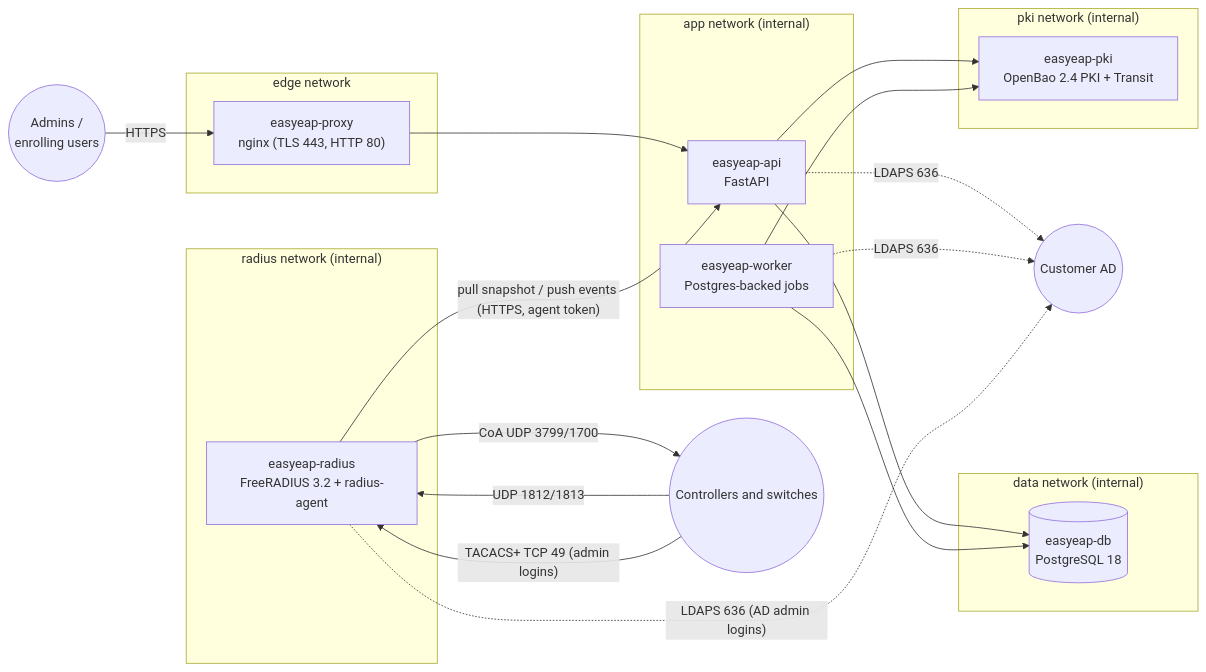
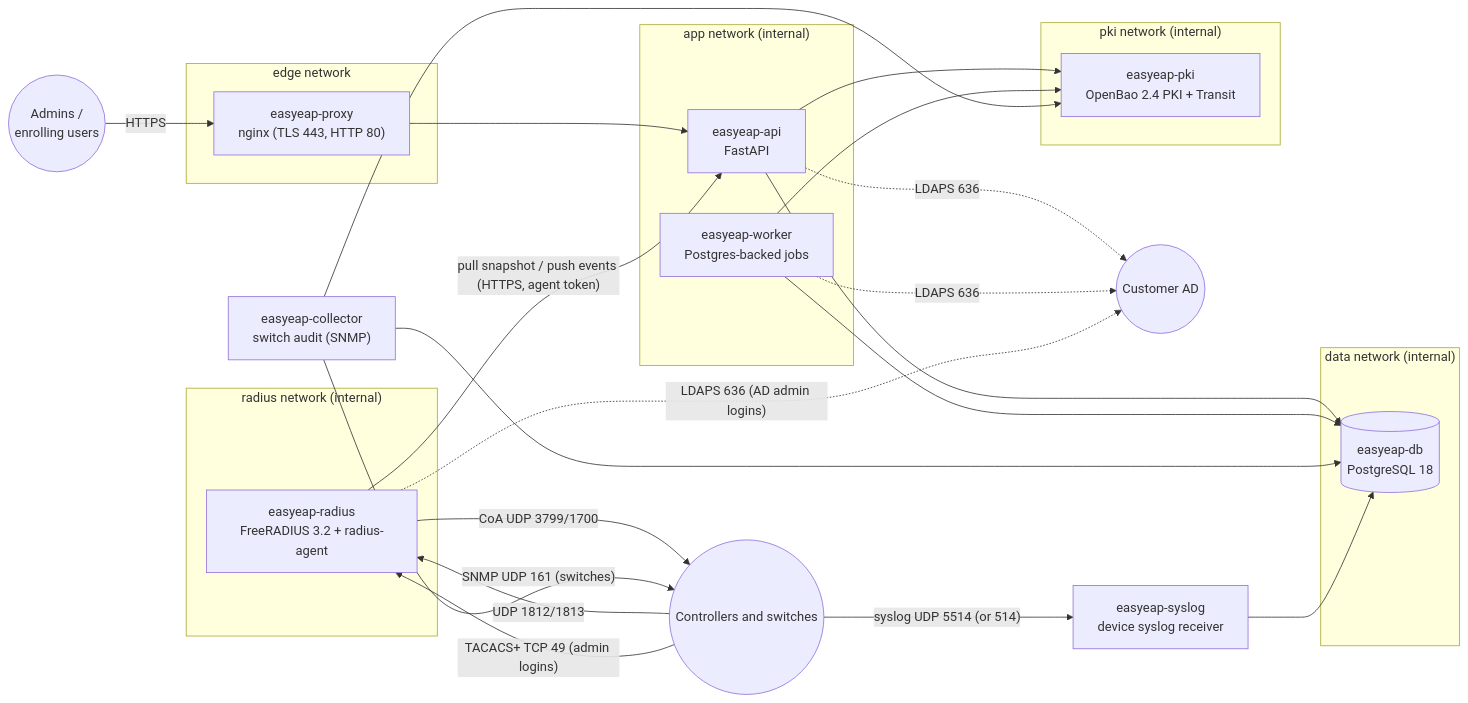
Before and after one commit to paulmataruso/EasyEAP: the first of 3 diagrams in ARCHITECTURE.md, drawn with Mermaid. The commit also changed other lines of this file and 20 other files, not shown here.

````diff
--- a/ARCHITECTURE.md
+++ b/ARCHITECTURE.md
@@ -7,32 +7,39 @@
 ```mermaid
 flowchart LR
   subgraph edge["edge network"]
     proxy["easyeap-proxy<br/>nginx (TLS 443, HTTP 80)"]
   end
   subgraph app["app network (internal)"]
     api["easyeap-api<br/>FastAPI"]
     worker["easyeap-worker<br/>Postgres-backed jobs"]
   end
   subgraph data["data network (internal)"]
     db[("easyeap-db<br/>PostgreSQL 18")]
   end
   subgraph pki["pki network (internal)"]
     bao["easyeap-pki<br/>OpenBao 2.4 PKI + Transit"]
   end
   subgraph rad["radius network (internal)"]
     radius["easyeap-radius<br/>FreeRADIUS 3.2 + radius-agent"]
   end
+  collector["easyeap-collector<br/>switch audit (SNMP)"]
+  syslog["easyeap-syslog<br/>device syslog receiver"]
   admin(("Admins /<br/>enrolling users")) -->|HTTPS| proxy
   nas(("Controllers and switches")) -->|"UDP 1812/1813"| radius
   nas -->|"TACACS+ TCP 49 (admin logins)"| radius
   radius -->|"CoA UDP 3799/1700"| nas
+  collector -->|"SNMP UDP 161 (switches)"| nas
+  nas -->|"syslog UDP 5514 (or 514)"| syslog
   proxy --> api
   api --> db
   worker --> db
+  collector --> db
+  syslog --> db
   api --> bao
   worker --> bao
+  collector --> bao
   radius -->|"pull snapshot / push events (HTTPS, agent token)"| api
   api -.->|"LDAPS 636"| ad(("Customer AD"))
   worker -.->|"LDAPS 636"| ad
   radius -.->|"LDAPS 636 (AD admin logins)"| ad
 ```
````
